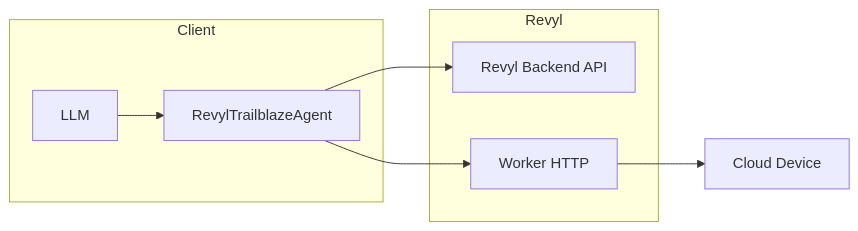
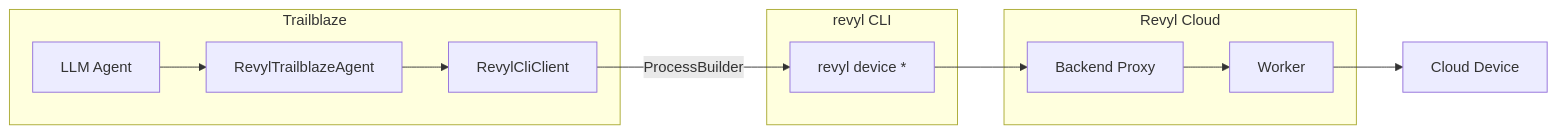
The diagram in docs/revyl-integration.md (block/trailblaze), drawn with Mermaid before and after one commit. The commit also changed other lines of this file and 8 other files, not shown here.

First line of the commit message:
Replace RevylWorkerClient with CLI-based RevylCliClient

````diff
--- a/docs/revyl-integration.md
+++ b/docs/revyl-integration.md
@@ -31,16 +33,22 @@
 ```mermaid
 flowchart LR
-    subgraph client["Client"]
-        LLM["LLM"]
+    subgraph trailblaze["Trailblaze"]
+        LLM["LLM Agent"]
         AGENT["RevylTrailblazeAgent"]
+        CLI["RevylCliClient"]
     end
-    subgraph revyl["Revyl"]
-        API["Revyl Backend API"]
-        WORKER["Worker HTTP"]
+    subgraph cli["revyl CLI"]
+        BIN["revyl device *"]
+    end
+    subgraph revyl["Revyl Cloud"]
+        PROXY["Backend Proxy"]
+        WORKER["Worker"]
     end
     DEVICE["Cloud Device"]
     LLM --> AGENT
-    AGENT --> API
-    AGENT --> WORKER
+    AGENT --> CLI
+    CLI -->|"ProcessBuilder"| BIN
+    BIN --> PROXY
+    PROXY --> WORKER
     WORKER --> DEVICE
 ```
````
